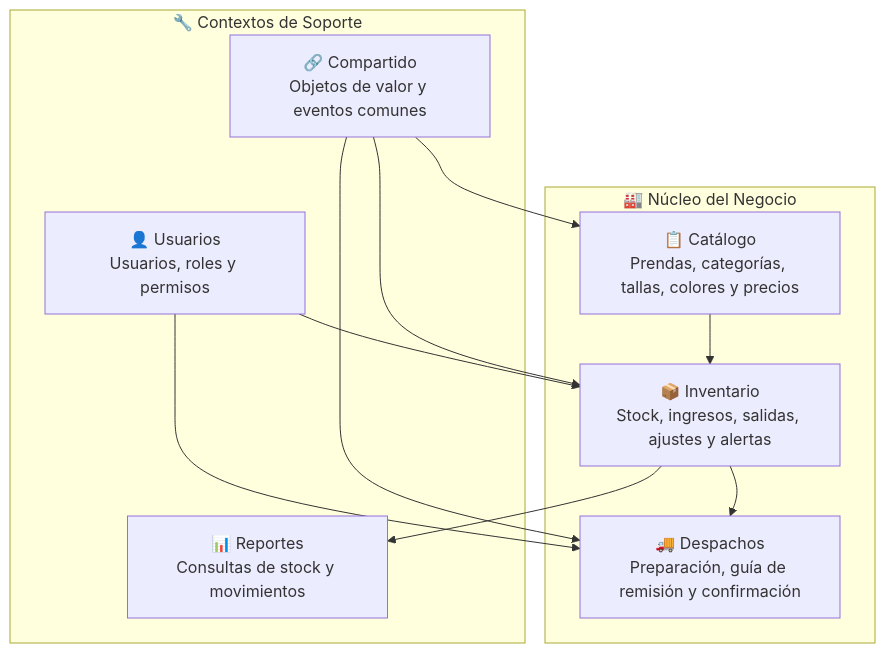
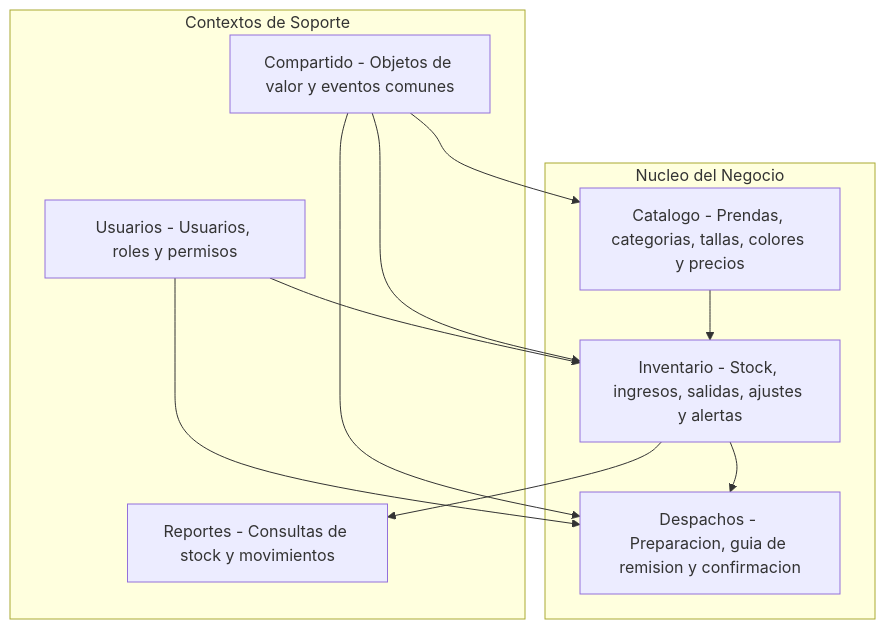
Before and after one commit to javierRock/SoftwareTextil: the third of 9 diagrams in README.md, drawn with Mermaid. The commit also changed other lines of this file, not shown here.

````diff
--- a/README.md
+++ b/README.md
@@ -461,23 +344,23 @@
 ```mermaid
 flowchart TB
-    subgraph Core["🏭 Núcleo del Negocio"]
-        Catalogo["📋 Catálogo\nPrendas, categorías, tallas, colores y precios"]
-        Inventario["📦 Inventario\nStock, ingresos, salidas, ajustes y alertas"]
-        Despachos["🚚 Despachos\nPreparación, guía de remisión y confirmación"]
+    subgraph Core["Nucleo del Negocio"]
+        Catalogo["Catalogo - Prendas, categorias, tallas, colores y precios"]
+        Inventario["Inventario - Stock, ingresos, salidas, ajustes y alertas"]
+        Despachos["Despachos - Preparacion, guia de remision y confirmacion"]
     end
 
-    subgraph Soporte["🔧 Contextos de Soporte"]
-        Usuarios["👤 Usuarios\nUsuarios, roles y permisos"]
-        Reportes["📊 Reportes\nConsultas de stock y movimientos"]
-        Compartido["🔗 Compartido\nObjetos de valor y eventos comunes"]
+    subgraph Soporte["Contextos de Soporte"]
+        Usuarios["Usuarios - Usuarios, roles y permisos"]
+        Reportes["Reportes - Consultas de stock y movimientos"]
+        Compartido["Compartido - Objetos de valor y eventos comunes"]
     end
 
     Catalogo --> Inventario
     Inventario --> Despachos
     Inventario --> Reportes
     Usuarios --> Inventario
     Usuarios --> Despachos
     Compartido --> Catalogo
     Compartido --> Inventario
     Compartido --> Despachos
 ```
````
